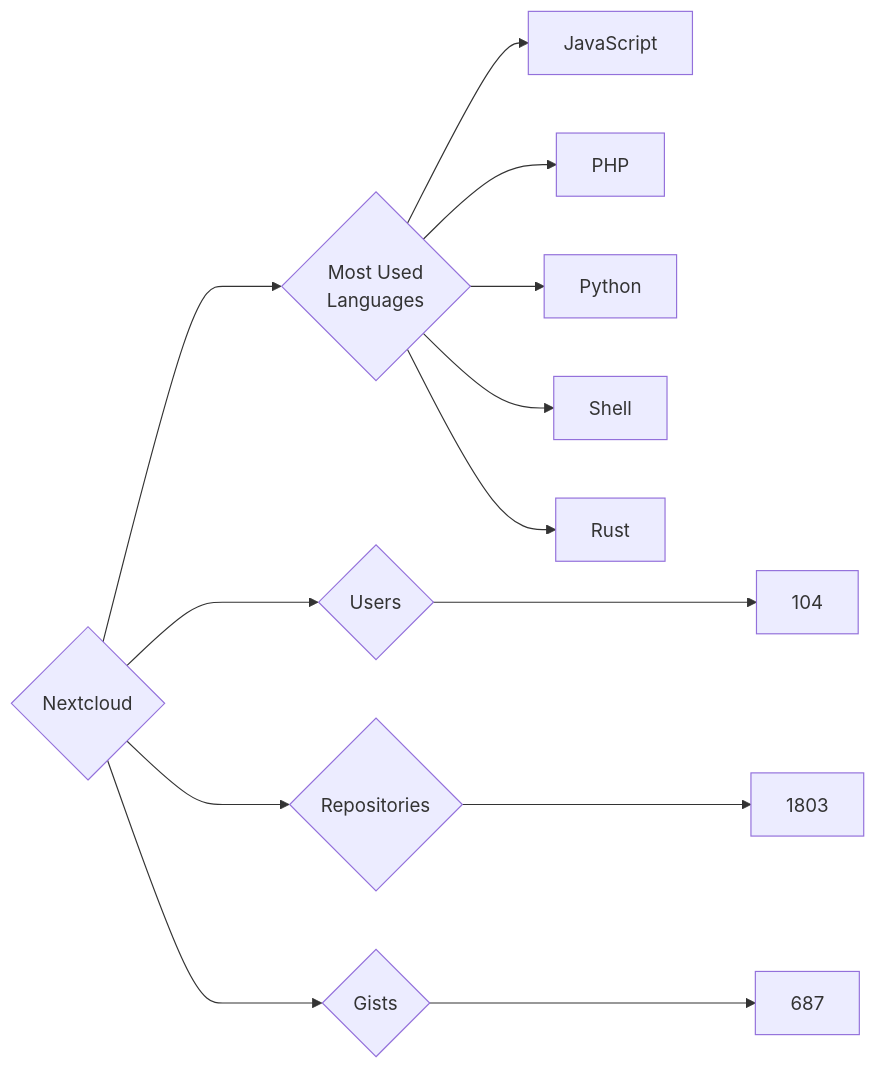
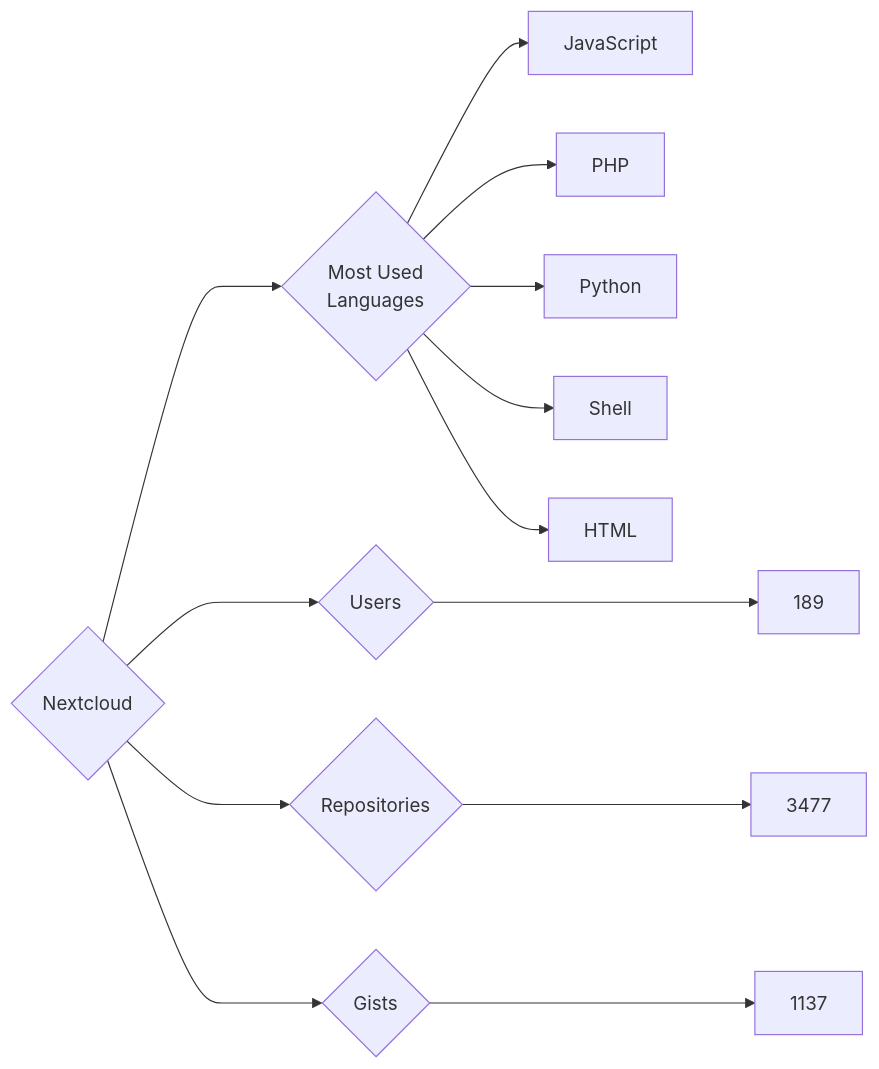
Before and after one commit to trickest/insiders: the diagram in targets/Nextcloud/README.md, drawn with Mermaid. The commit also changed 681 other files, not shown here.

````diff
--- a/targets/Nextcloud/README.md
+++ b/targets/Nextcloud/README.md
@@ -3,13 +3,13 @@
 ```mermaid
 graph LR
 COMPANY_NAME{Nextcloud}
-COMPANY_NAME ---> U{Users} ---> UN[104]
-COMPANY_NAME ---> R{Repositories} ---> RN[1803]
-COMPANY_NAME ---> G{Gists} ---> GN[687]
+COMPANY_NAME ---> U{Users} ---> UN[189]
+COMPANY_NAME ---> R{Repositories} ---> RN[3477]
+COMPANY_NAME ---> G{Gists} ---> GN[1137]
 COMPANY_NAME ---> ML{Most Used<br>Languages}
 ML --> JavaScript[JavaScript]
 ML --> PHP[PHP]
 ML --> Python[Python]
 ML --> Shell[Shell]
-ML --> Rust[Rust]
+ML --> HTML[HTML]
 ```
````
